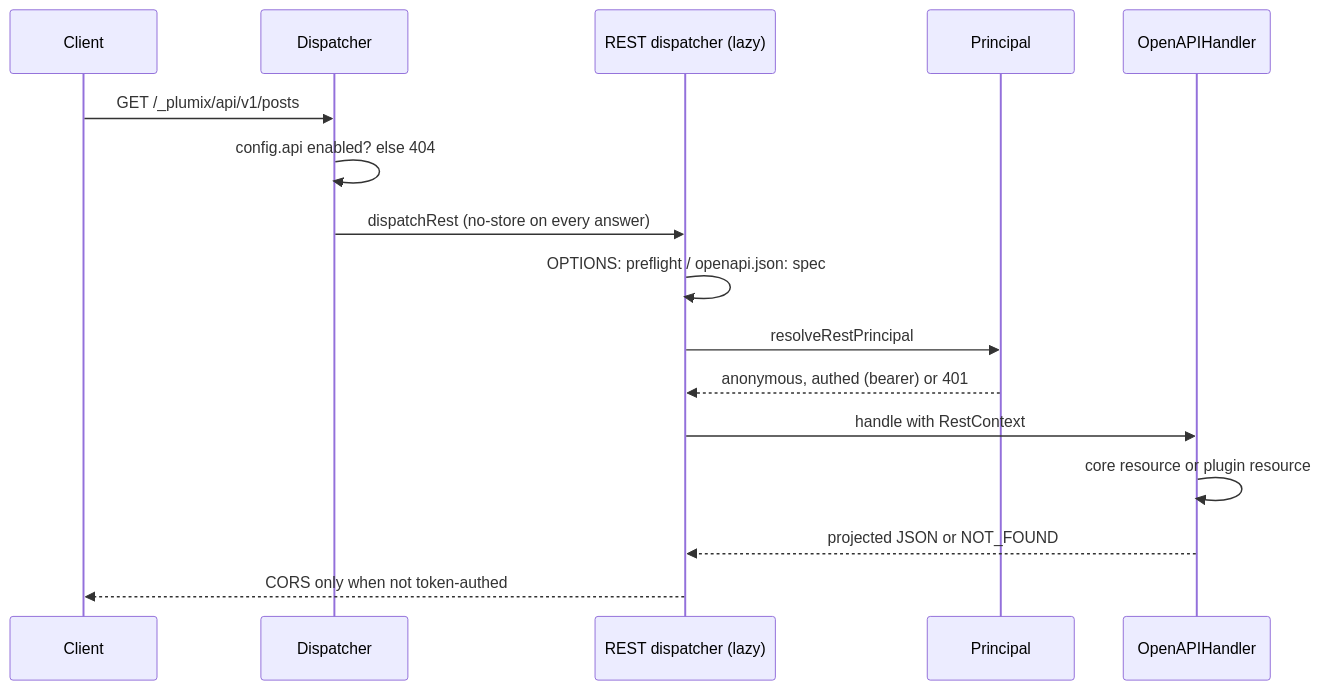
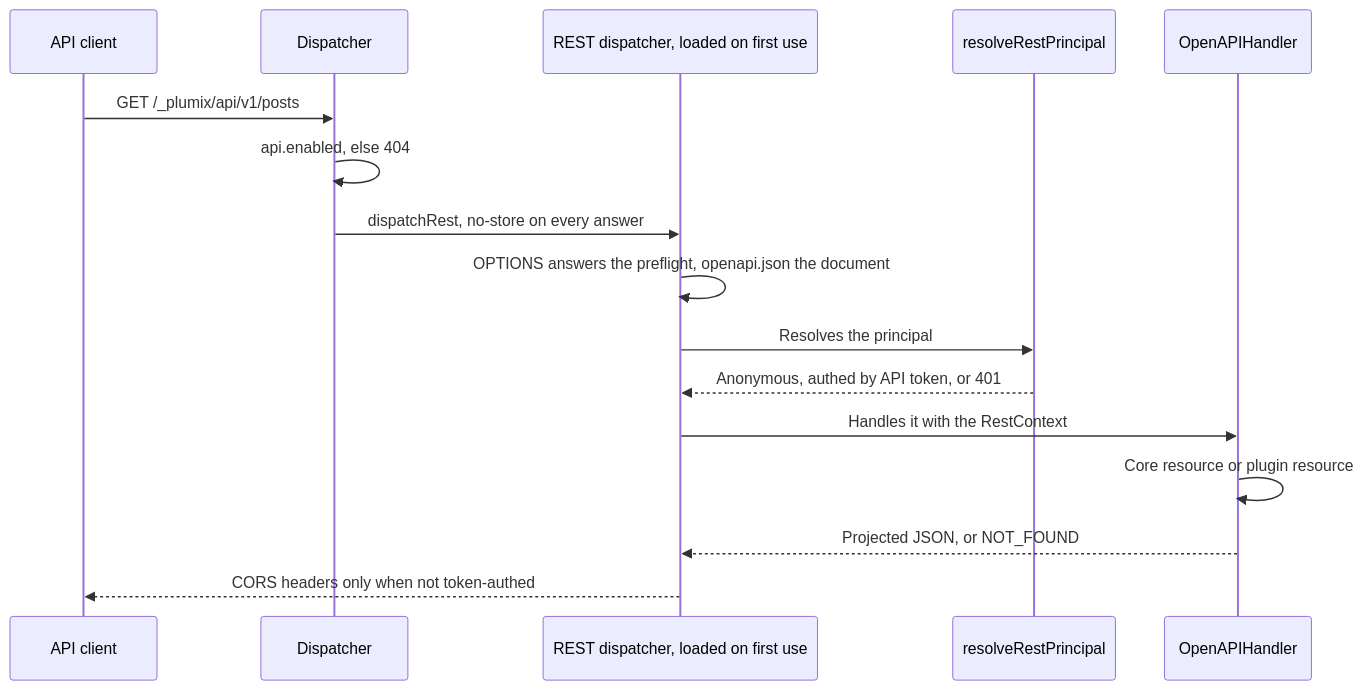
Before and after one commit to withplumix/plumix: the diagram in docs/architecture/rest-api.md, drawn with Mermaid. The commit also changed other lines of this file and 21 other files, not shown here.

````diff
--- a/docs/architecture/rest-api.md
+++ b/docs/architecture/rest-api.md
@@ -7,18 +7,18 @@
 ```mermaid
 sequenceDiagram
-  participant C as Client
+  participant C as API client
   participant D as Dispatcher
-  participant R as REST dispatcher (lazy)
-  participant P as Principal
+  participant R as REST dispatcher, loaded on first use
+  participant P as resolveRestPrincipal
   participant H as OpenAPIHandler
   C->>D: GET /_plumix/api/v1/posts
-  D->>D: config.api enabled? else 404
-  D->>R: dispatchRest (no-store on every answer)
-  R->>R: OPTIONS: preflight / openapi.json: spec
-  R->>P: resolveRestPrincipal
-  P-->>R: anonymous, authed (bearer) or 401
-  R->>H: handle with RestContext
-  H->>H: core resource or plugin resource
-  H-->>R: projected JSON or NOT_FOUND
-  R-->>C: CORS only when not token-authed
+  D->>D: api.enabled, else 404
+  D->>R: dispatchRest, no-store on every answer
+  R->>R: OPTIONS answers the preflight, openapi.json the document
+  R->>P: Resolves the principal
+  P-->>R: Anonymous, authed by API token, or 401
+  R->>H: Handles it with the RestContext
+  H->>H: Core resource or plugin resource
+  H-->>R: Projected JSON, or NOT_FOUND
+  R-->>C: CORS headers only when not token-authed
 ```
````
